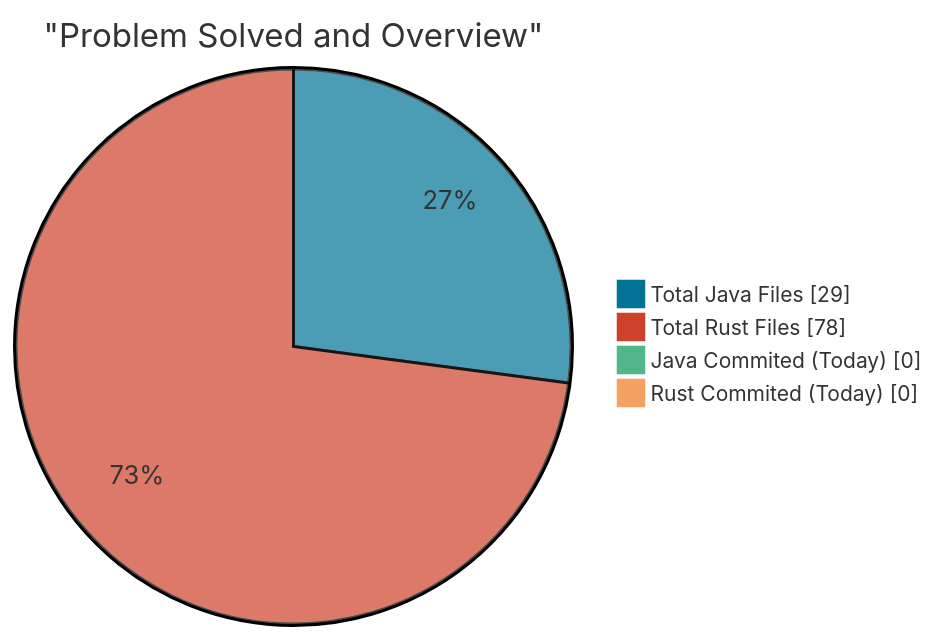
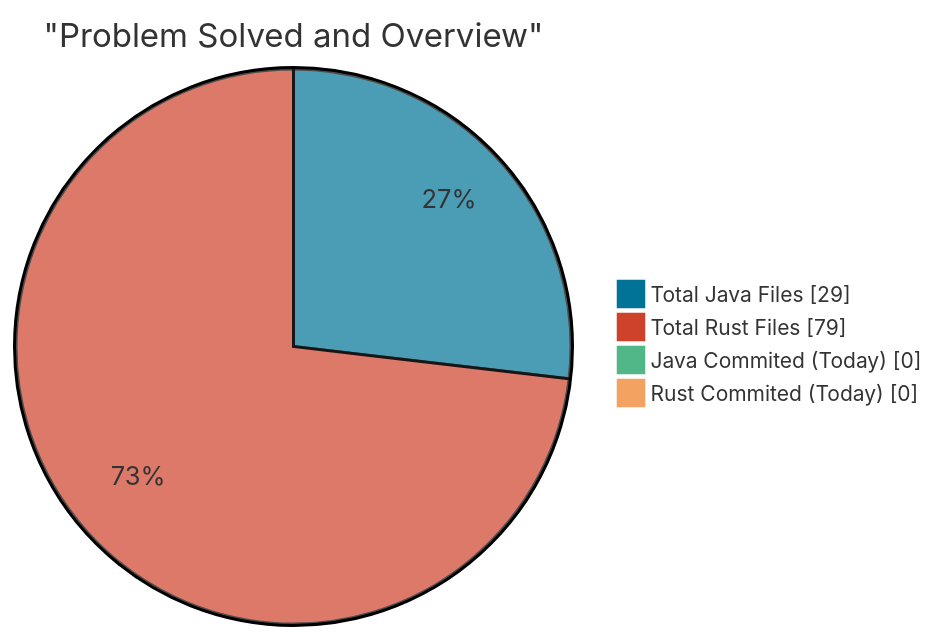
One commit to pacificDeveloperPrakhar/Data_structure_implementation_using_java_and_rust changed the diagram in README.md. Above: the diagram before and after it, drawn with Mermaid. The commit also changed other lines of this file, not shown here.

````diff
--- a/README.md
+++ b/README.md
@@ -11,18 +11,18 @@
 ```mermaid
 
 %%{init: {'theme': 'base', 'themeVariables': {
 'pie1': '#007396',
 'pie2': '#CE412B',
 'pie3': '#52B788',
 'pie4': '#F4A261',
 'pieTitleTextSize': '22px',
 'pieLegendTextSize': '14px'
 }}}%%
 pie showData
     title "Problem Solved and Overview"
     "Total Java Files" : 29
-    "Total Rust Files" : 78
+    "Total Rust Files" : 79
     "Java Commited (Today)" : 0
     "Rust Commited (Today)" : 0
 
 ```
````
